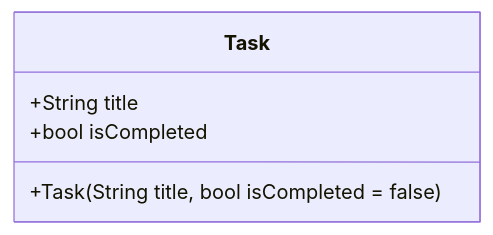
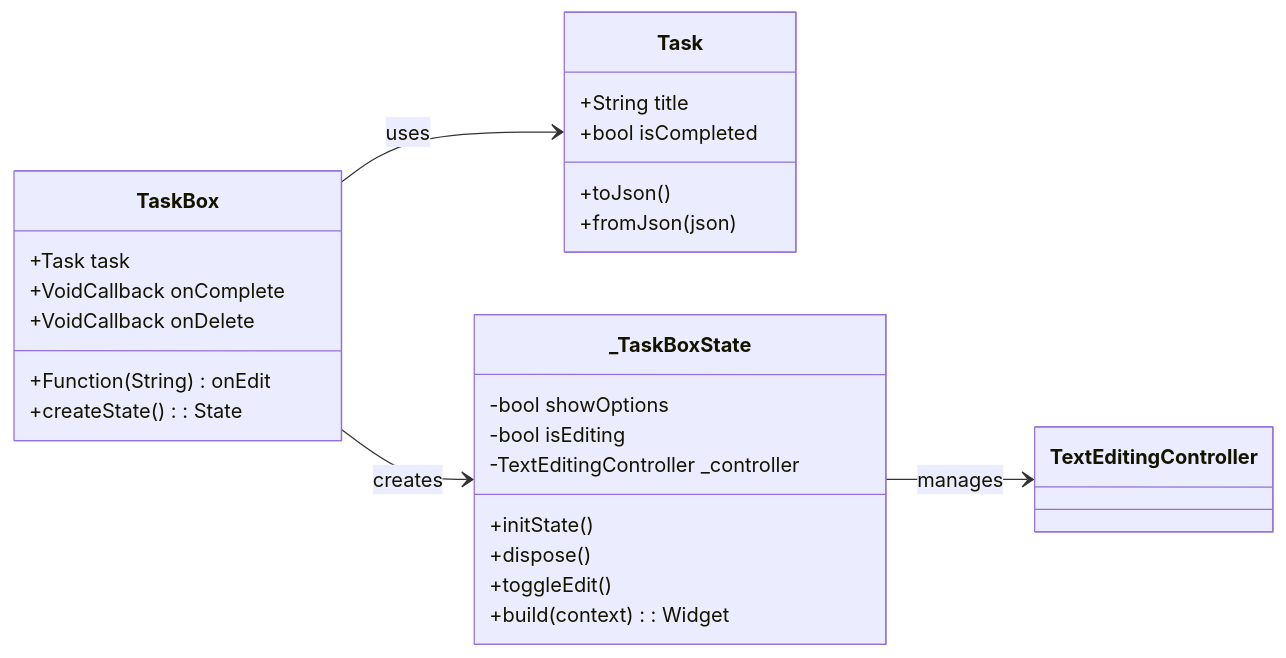
The third of 3 diagrams in README.md (sterlingt24/Task-Manager-Dart), drawn with Mermaid before and after one commit. The commit also changed other lines of this file, not shown here.

````diff
--- a/README.md
+++ b/README.md
@@ -17,8 +98,33 @@
 ```mermaid
-classDiagram
+    classDiagram
+    direction LR
+
     class Task {
         +String title
         +bool isCompleted
-        +Task(String title, bool isCompleted = false)
+        +toJson()
+        +fromJson(json)
     }
+
+    class TaskBox {
+        +Task task
+        +VoidCallback onComplete
+        +VoidCallback onDelete
+        +Function(String) onEdit
+        +createState(): State
+    }
+
+    class _TaskBoxState {
+        -bool showOptions
+        -bool isEditing
+        -TextEditingController _controller
+        +initState()
+        +dispose()
+        +toggleEdit()
+        +build(context): Widget
+    }
+
+    TaskBox --> Task : uses
+    TaskBox --> _TaskBoxState : creates
+    _TaskBoxState --> TextEditingController : manages
 ```
````
